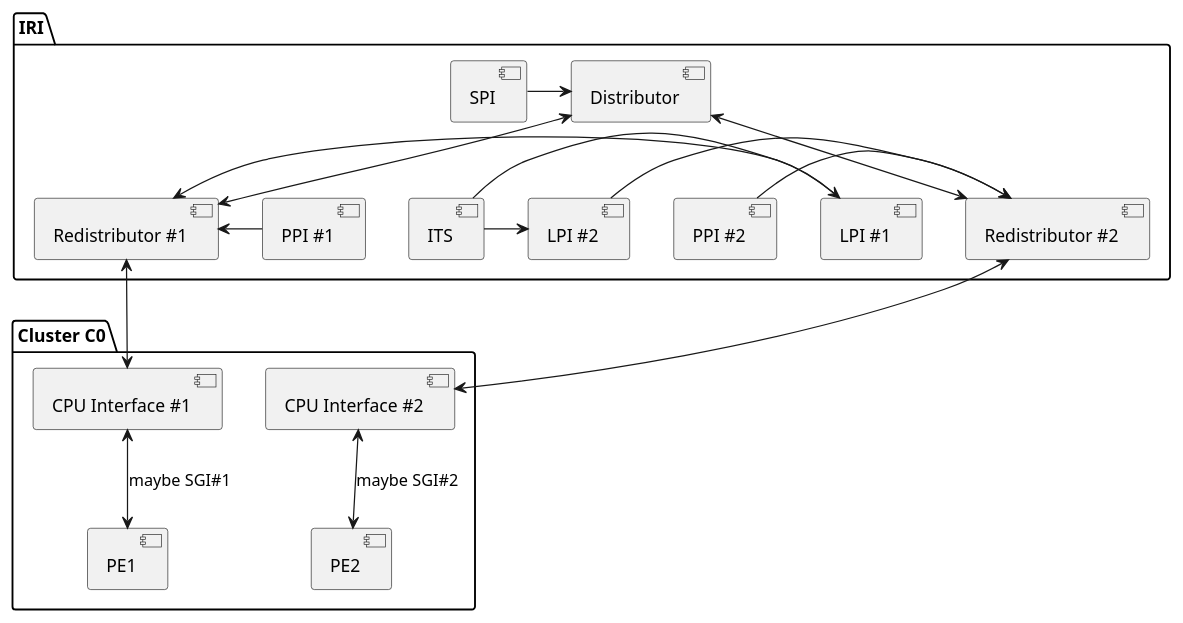
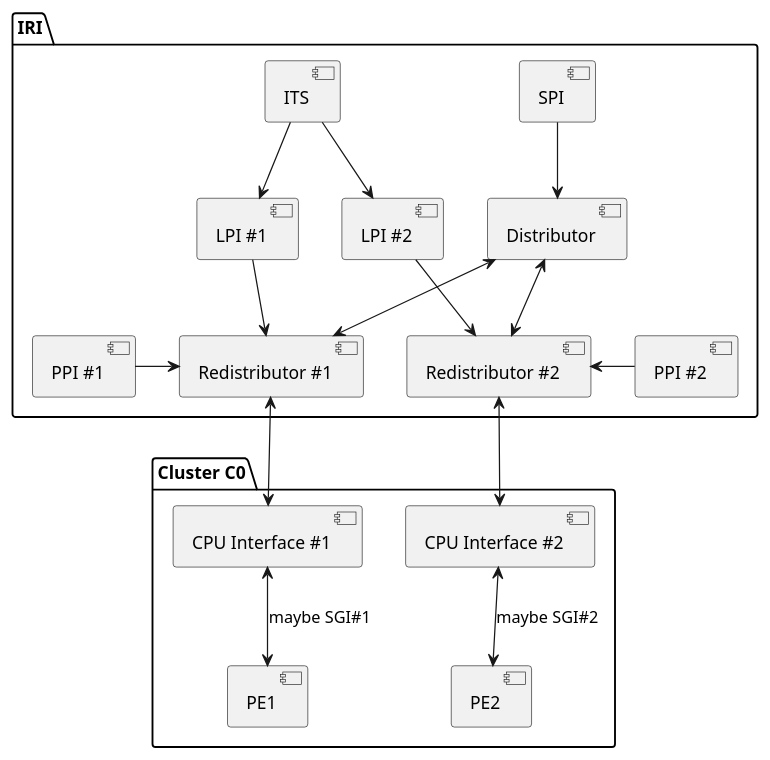
The diagram in doc/arm/gic/gic.org (bitsman/bitsman.github.io), drawn with PlantUML before and after one commit. The commit also changed 1 other file, not shown here.

Commit message:
更新plauml图片

```diff
--- a/doc/arm/gic/gic.org
+++ b/doc/arm/gic/gic.org
@@ -48,21 +48,21 @@
 #+begin_src plantuml :exports results :file ./pic/drw-gicarch.png
   @startuml
   package "IRI" {
-    [SPI] -> [Distributor]
+    [SPI] -down-> [Distributor]
     [Distributor] <-down-> [Redistributor #1]
     [Distributor] <-down-> [Redistributor #2]
-    [ITS] -> [LPI #1]
-    [ITS] -> [LPI #2]
-    [LPI #1] -> [Redistributor #1]
-    [LPI #2] -> [Redistributor #2]
-    [PPI #1] -> [Redistributor #1]
-    [PPI #2] -> [Redistributor #2]
+    [ITS] -down-> [LPI #1]
+    [ITS] -down-> [LPI #2]
+    [LPI #1] -down-> [Redistributor #1]
+    [LPI #2] -down-> [Redistributor #2]
+    [PPI #1] -right-> [Redistributor #1]
+    [PPI #2] -left-> [Redistributor #2]
   }
   package "Cluster C0" {
     [Redistributor #1] <-down-> [CPU Interface #1]
     [Redistributor #2] <-down-> [CPU Interface #2]
     [CPU Interface #1] <-down-> [PE1]: maybe SGI#1
     [CPU Interface #2] <-down-> [PE2]: maybe SGI#2
   }
   @enduml
 #+end_src
```
